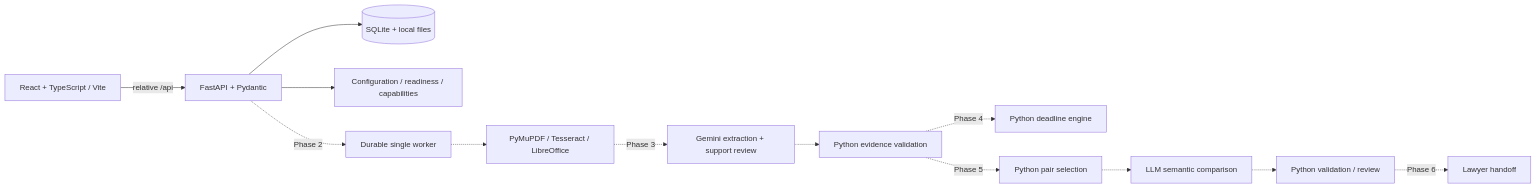
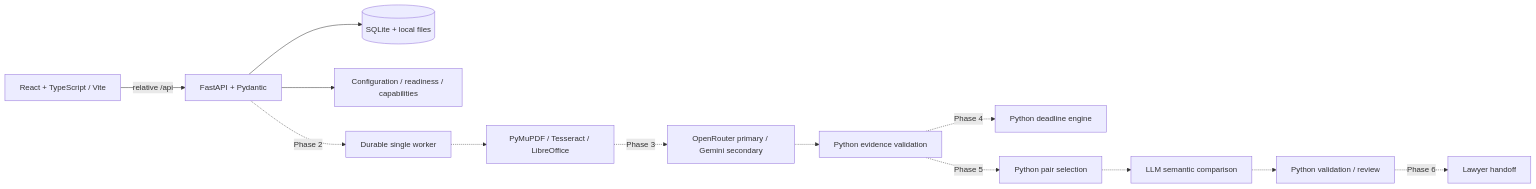
One commit to SamoyedCodes/SMULitHack changed the diagram in IMPLEMENTATION_PLAN.md. Above: the diagram before and after it, drawn with Mermaid. The commit also changed other lines of this file and 28 other files, not shown here.

````diff
--- a/IMPLEMENTATION_PLAN.md
+++ b/IMPLEMENTATION_PLAN.md
@@ -5,15 +5,15 @@
 ```mermaid
 flowchart LR
     UI[React + TypeScript / Vite] -->|relative /api| API[FastAPI + Pydantic]
     API --> DB[(SQLite + local files)]
     API --> HEALTH[Configuration / readiness / capabilities]
     API -. Phase 2 .-> WORKER[Durable single worker]
     WORKER -.-> PARSE[PyMuPDF / Tesseract / LibreOffice]
-    PARSE -. Phase 3 .-> LLM[Gemini extraction + support review]
+    PARSE -. Phase 3 .-> LLM[OpenRouter primary / Gemini secondary]
     LLM -.-> VERIFY[Python evidence validation]
     VERIFY -. Phase 4 .-> DATES[Python deadline engine]
     VERIFY -. Phase 5 .-> PAIRS[Python pair selection]
     PAIRS -.-> COMPARE[LLM semantic comparison]
     COMPARE -.-> CHECK[Python validation / review]
     CHECK -. Phase 6 .-> BRIEF[Lawyer handoff]
 ```
````
